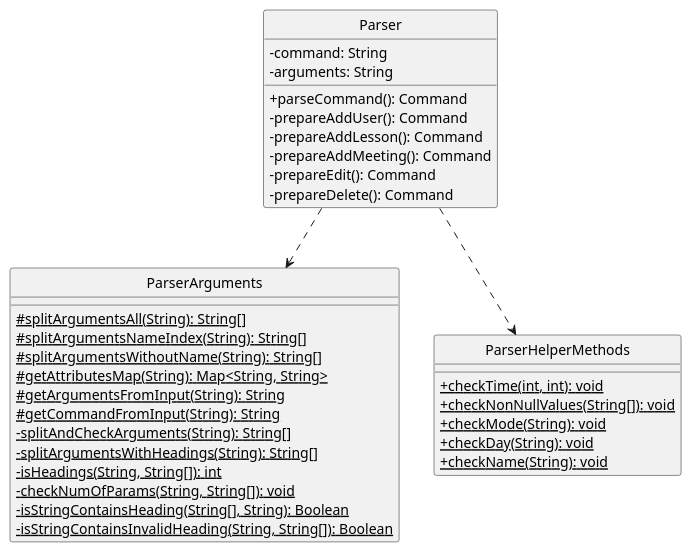
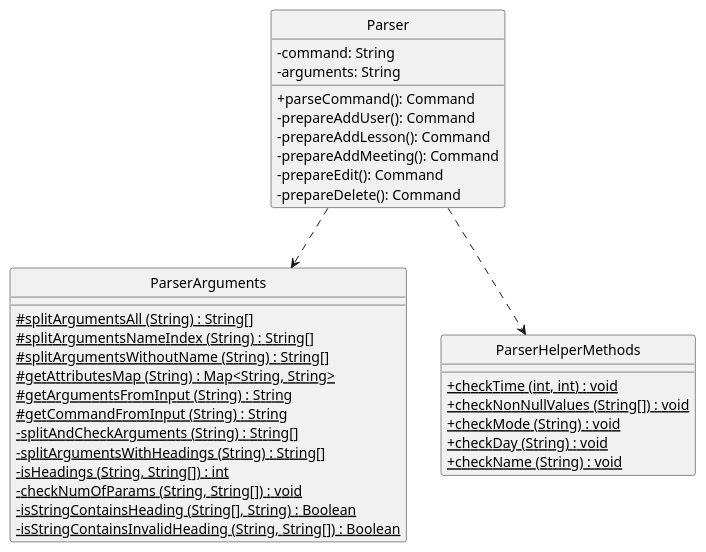
Before and after one commit to nus-cs2113-AY2122S2/tp: the diagram in docs/diagrams/ParserClassDiagram.puml, drawn with PlantUML. The commit also changed 2 other files, not shown here.

```diff
--- a/docs/diagrams/ParserClassDiagram.puml
+++ b/docs/diagrams/ParserClassDiagram.puml
@@ -1,43 +1,43 @@
 @startuml
 hide circle
 skinparam classAttributeIconSize 0
 
 class Parser {
 -command: String
 -arguments: String
 
 +parseCommand(): Command
 -prepareAddUser(): Command
 -prepareAddLesson(): Command
 -prepareAddMeeting(): Command
 -prepareEdit(): Command
 -prepareDelete(): Command
 }
 
 class ParserArguments {
-#{static} splitArgumentsAll(String): String[]
-#{static} splitArgumentsNameIndex(String): String[]
-#{static} splitArgumentsWithoutName(String): String[]
-#{static} getAttributesMap(String): Map<String, String>
-#{static} getArgumentsFromInput(String): String
-#{static} getCommandFromInput(String): String
--{static} splitAndCheckArguments(String): String[]
--{static} splitArgumentsWithHeadings(String): String[]
--{static} isHeadings(String, String[]): int
--{static} checkNumOfParams(String, String[]): void
--{static} isStringContainsHeading(String[], String): Boolean
--{static} isStringContainsInvalidHeading(String, String[]): Boolean
+#{static} splitArgumentsAll (String) : String[]
+#{static} splitArgumentsNameIndex (String) : String[]
+#{static} splitArgumentsWithoutName (String) : String[]
+#{static} getAttributesMap (String) : Map<String, String>
+#{static} getArgumentsFromInput (String) : String
+#{static} getCommandFromInput (String) : String
+-{static} splitAndCheckArguments (String) : String[]
+-{static} splitArgumentsWithHeadings (String) : String[]
+-{static} isHeadings (String, String[]) : int
+-{static} checkNumOfParams (String, String[]) : void
+-{static} isStringContainsHeading (String[], String) : Boolean
+-{static} isStringContainsInvalidHeading (String, String[]) : Boolean
 }
 
 class ParserHelperMethods {
-+{static} checkTime(int, int): void
-+{static} checkNonNullValues(String[]): void
-+{static} checkMode(String): void
-+{static} checkDay(String): void
-+{static} checkName(String): void
++{static} checkTime (int, int) : void
++{static} checkNonNullValues (String[]) : void
++{static} checkMode (String) : void
++{static} checkDay (String) : void
++{static} checkName (String) : void
 }
 
 Parser ..> ParserHelperMethods
 Parser ..> ParserArguments
 
 @enduml
```
